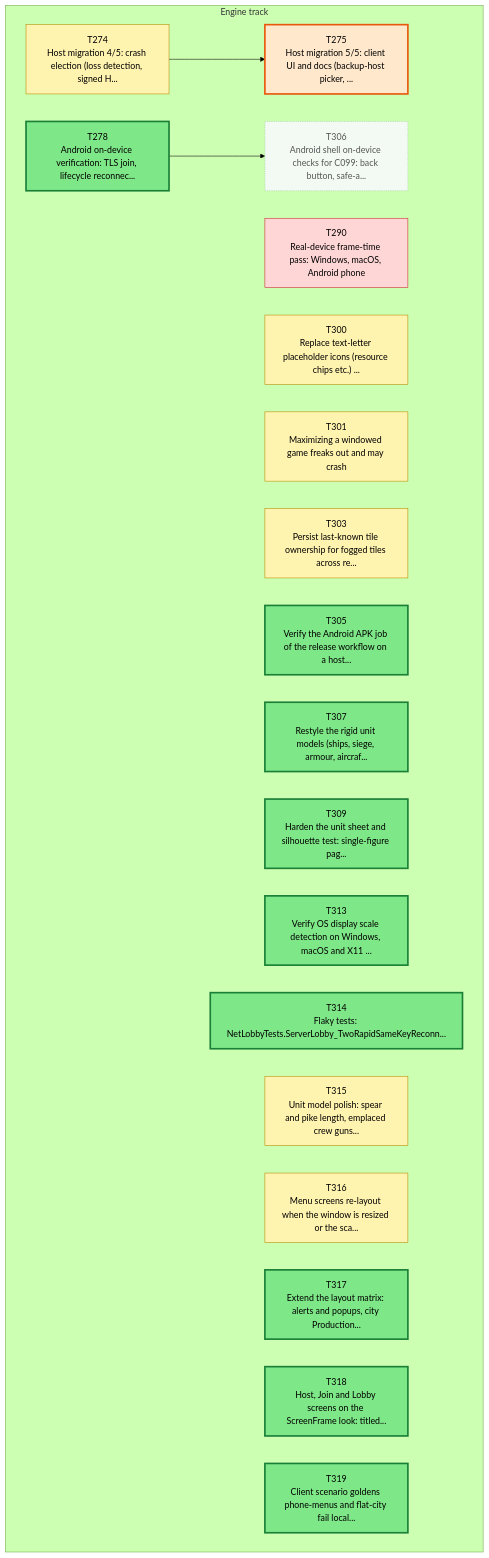
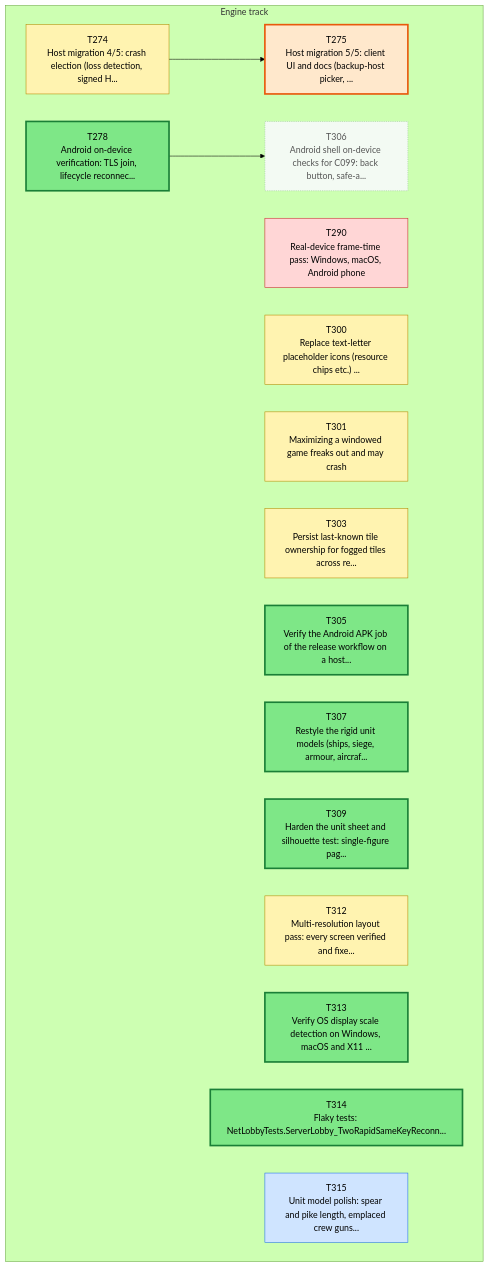
Before and after one commit to Kenmura/Unciv: the first of 3 diagrams in csharp/migration/DEPENDENCY_MAP.md, drawn with Mermaid (forest theme). The commit also changed other lines of this file and 76 other files, not shown here.

````diff
--- a/csharp/migration/DEPENDENCY_MAP.md
+++ b/csharp/migration/DEPENDENCY_MAP.md
@@ -35,50 +35,44 @@
 ```mermaid
 flowchart TD
   subgraph TTRACK["Engine track"]
     T274["T274<br/>Host migration 4/5: crash election (loss detection, signed H..."]
     T275["T275<br/>Host migration 5/5: client UI and docs (backup-host picker, ..."]
     T278["T278<br/>Android on-device verification: TLS join, lifecycle reconnec..."]
     T290["T290<br/>Real-device frame-time pass: Windows, macOS, Android phone"]
     T300["T300<br/>Replace text-letter placeholder icons (resource chips etc.) ..."]
     T301["T301<br/>Maximizing a windowed game freaks out and may crash"]
     T303["T303<br/>Persist last-known tile ownership for fogged tiles across re..."]
     T305["T305<br/>Verify the Android APK job of the release workflow on a host..."]
     T306["T306<br/>Android shell on-device checks for C099: back button, safe-a..."]
     T307["T307<br/>Restyle the rigid unit models (ships, siege, armour, aircraf..."]
     T309["T309<br/>Harden the unit sheet and silhouette test: single-figure pag..."]
+    T312["T312<br/>Multi-resolution layout pass: every screen verified and fixe..."]
     T313["T313<br/>Verify OS display scale detection on Windows, macOS and X11 ..."]
     T314["T314<br/>Flaky tests: NetLobbyTests.ServerLobby_TwoRapidSameKeyReconn..."]
     T315["T315<br/>Unit model polish: spear and pike length, emplaced crew guns..."]
-    T316["T316<br/>Menu screens re-layout when the window is resized or the sca..."]
-    T317["T317<br/>Extend the layout matrix: alerts and popups, city Production..."]
-    T318["T318<br/>Host, Join and Lobby screens on the ScreenFrame look: titled..."]
-    T319["T319<br/>Client scenario goldens phone-menus and flat-city fail local..."]
   end
   T274 --> T275
   T278 --> T306
   classDef waiting fill:#f3faf3,stroke:#9bc49b,color:#555,stroke-dasharray:2 2
   classDef ondeck fill:#ffe8cc,stroke:#e8590c,stroke-width:3px,color:#000
   classDef ready fill:#7ee787,stroke:#1a7f37,stroke-width:3px,color:#000
   classDef prog fill:#fff3b0,stroke:#b58900,color:#000
   classDef review fill:#cfe4ff,stroke:#1f6feb,color:#000
   classDef blocked fill:#ffd6d6,stroke:#c62828,color:#000
   classDef done fill:#eeeeee,stroke:#999999,color:#666,stroke-dasharray:4 3
   class T274 prog
   class T275 ondeck
   class T278 ready
   class T290 blocked
   class T300 prog
   class T301 prog
   class T303 prog
   class T305 ready
   class T306 waiting
   class T307 ready
   class T309 ready
+  class T312 prog
   class T313 ready
   class T314 ready
-  class T315 prog
-  class T316 prog
-  class T317 ready
-  class T318 ready
-  class T319 ready
+  class T315 review
 ```
````
